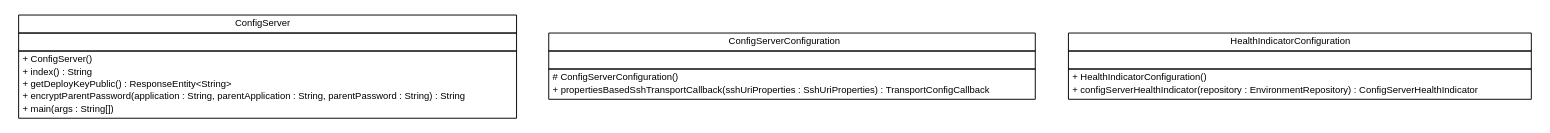
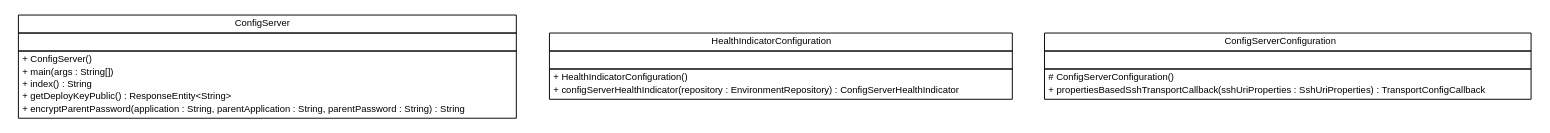
The diagram in snapshot/build-docker/spring-cloud-config/spring-cloud-config-server/apidocs/cn/home1/cloud/config/server/cn.home1.cloud.config.server.dot (cloud-ready/cloud-ready), drawn with Graphviz before and after one commit. The commit also changed 137 other files, not shown here.

Commit message:
Creating site for spring-cloud-config-server-1.0.1-SNAPSHOT

```diff
--- a/snapshot/build-docker/spring-cloud-config/spring-cloud-config-server/apidocs/cn/home1/cloud/config/server/cn.home1.cloud.config.server.dot
+++ b/snapshot/build-docker/spring-cloud-config/spring-cloud-config-server/apidocs/cn/home1/cloud/config/server/cn.home1.cloud.config.server.dot
@@ -1,54 +1,54 @@
 #!/usr/local/bin/dot
 #
 # Class diagram 
 # Generated by UMLGraph version R5_6-24-gf6e263 (http://www.umlgraph.org/)
 #
 
 digraph G {
 	edge [fontname="Helvetica",fontsize=10,labelfontname="Helvetica",labelfontsize=10];
 	node [fontname="Helvetica",fontsize=10,shape=plaintext];
 	nodesep=0.25;
 	ranksep=0.5;
 	// cn.home1.cloud.config.server.ConfigServer
 	c59 [label=<<table title="cn.home1.cloud.config.server.ConfigServer" border="0" cellborder="1" cellspacing="0" cellpadding="2" port="p" href="./ConfigServer.html">
 		<tr><td><table border="0" cellspacing="0" cellpadding="1">
 <tr><td align="center" balign="center"> ConfigServer </td></tr>
 		</table></td></tr>
 		<tr><td><table border="0" cellspacing="0" cellpadding="1">
 <tr><td align="left" balign="left">  </td></tr>
 		</table></td></tr>
 		<tr><td><table border="0" cellspacing="0" cellpadding="1">
 <tr><td align="left" balign="left"> + ConfigServer() </td></tr>
+<tr><td align="left" balign="left"> + main(args : String[]) </td></tr>
 <tr><td align="left" balign="left"> + index() : String </td></tr>
 <tr><td align="left" balign="left"> + getDeployKeyPublic() : ResponseEntity&lt;String&gt; </td></tr>
 <tr><td align="left" balign="left"> + encryptParentPassword(application : String, parentApplication : String, parentPassword : String) : String </td></tr>
-<tr><td align="left" balign="left"> + main(args : String[]) </td></tr>
 		</table></td></tr>
 		</table>>, URL="./ConfigServer.html", fontname="Helvetica", fontcolor="black", fontsize=10.0];
+	// cn.home1.cloud.config.server.ConfigServer.HealthIndicatorConfiguration
+	c60 [label=<<table title="cn.home1.cloud.config.server.ConfigServer.HealthIndicatorConfiguration" border="0" cellborder="1" cellspacing="0" cellpadding="2" port="p" href="./ConfigServer.HealthIndicatorConfiguration.html">
+		<tr><td><table border="0" cellspacing="0" cellpadding="1">
+<tr><td align="center" balign="center"> HealthIndicatorConfiguration </td></tr>
+		</table></td></tr>
+		<tr><td><table border="0" cellspacing="0" cellpadding="1">
+<tr><td align="left" balign="left">  </td></tr>
+		</table></td></tr>
+		<tr><td><table border="0" cellspacing="0" cellpadding="1">
+<tr><td align="left" balign="left"> + HealthIndicatorConfiguration() </td></tr>
+<tr><td align="left" balign="left"> + configServerHealthIndicator(repository : EnvironmentRepository) : ConfigServerHealthIndicator </td></tr>
+		</table></td></tr>
+		</table>>, URL="./ConfigServer.HealthIndicatorConfiguration.html", fontname="Helvetica", fontcolor="black", fontsize=10.0];
 	// cn.home1.cloud.config.server.ConfigServer.ConfigServerConfiguration
-	c60 [label=<<table title="cn.home1.cloud.config.server.ConfigServer.ConfigServerConfiguration" border="0" cellborder="1" cellspacing="0" cellpadding="2" port="p" href="./ConfigServer.ConfigServerConfiguration.html">
+	c61 [label=<<table title="cn.home1.cloud.config.server.ConfigServer.ConfigServerConfiguration" border="0" cellborder="1" cellspacing="0" cellpadding="2" port="p" href="./ConfigServer.ConfigServerConfiguration.html">
 		<tr><td><table border="0" cellspacing="0" cellpadding="1">
 <tr><td align="center" balign="center"> ConfigServerConfiguration </td></tr>
 		</table></td></tr>
 		<tr><td><table border="0" cellspacing="0" cellpadding="1">
 <tr><td align="left" balign="left">  </td></tr>
 		</table></td></tr>
 		<tr><td><table border="0" cellspacing="0" cellpadding="1">
 <tr><td align="left" balign="left"> # ConfigServerConfiguration() </td></tr>
 <tr><td align="left" balign="left"> + propertiesBasedSshTransportCallback(sshUriProperties : SshUriProperties) : TransportConfigCallback </td></tr>
 		</table></td></tr>
 		</table>>, URL="./ConfigServer.ConfigServerConfiguration.html", fontname="Helvetica", fontcolor="black", fontsize=10.0];
-	// cn.home1.cloud.config.server.ConfigServer.HealthIndicatorConfiguration
-	c61 [label=<<table title="cn.home1.cloud.config.server.ConfigServer.HealthIndicatorConfiguration" border="0" cellborder="1" cellspacing="0" cellpadding="2" port="p" href="./ConfigServer.HealthIndicatorConfiguration.html">
-		<tr><td><table border="0" cellspacing="0" cellpadding="1">
-<tr><td align="center" balign="center"> HealthIndicatorConfiguration </td></tr>
-		</table></td></tr>
-		<tr><td><table border="0" cellspacing="0" cellpadding="1">
-<tr><td align="left" balign="left">  </td></tr>
-		</table></td></tr>
-		<tr><td><table border="0" cellspacing="0" cellpadding="1">
-<tr><td align="left" balign="left"> + HealthIndicatorConfiguration() </td></tr>
-<tr><td align="left" balign="left"> + configServerHealthIndicator(repository : EnvironmentRepository) : ConfigServerHealthIndicator </td></tr>
-		</table></td></tr>
-		</table>>, URL="./ConfigServer.HealthIndicatorConfiguration.html", fontname="Helvetica", fontcolor="black", fontsize=10.0];
 }
```
